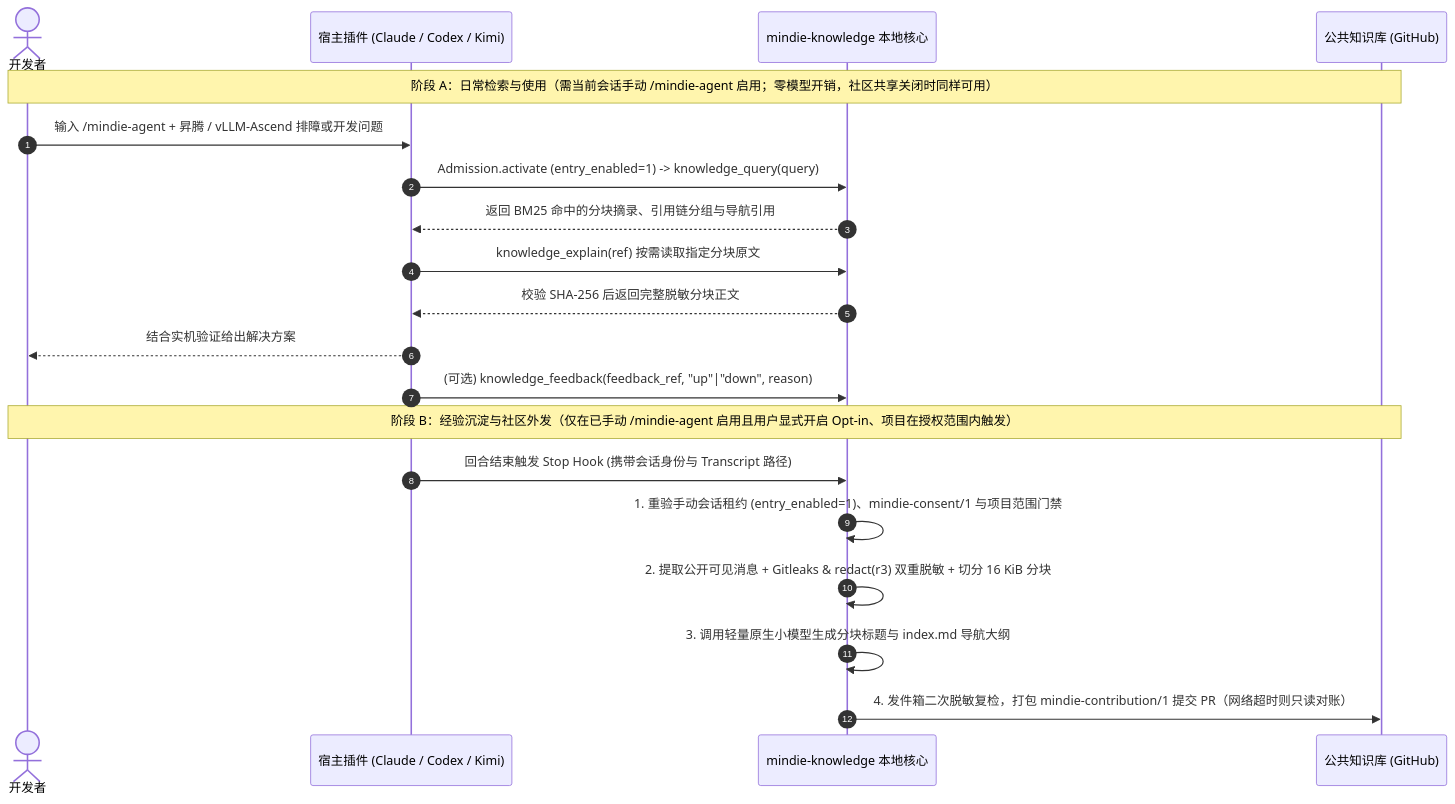
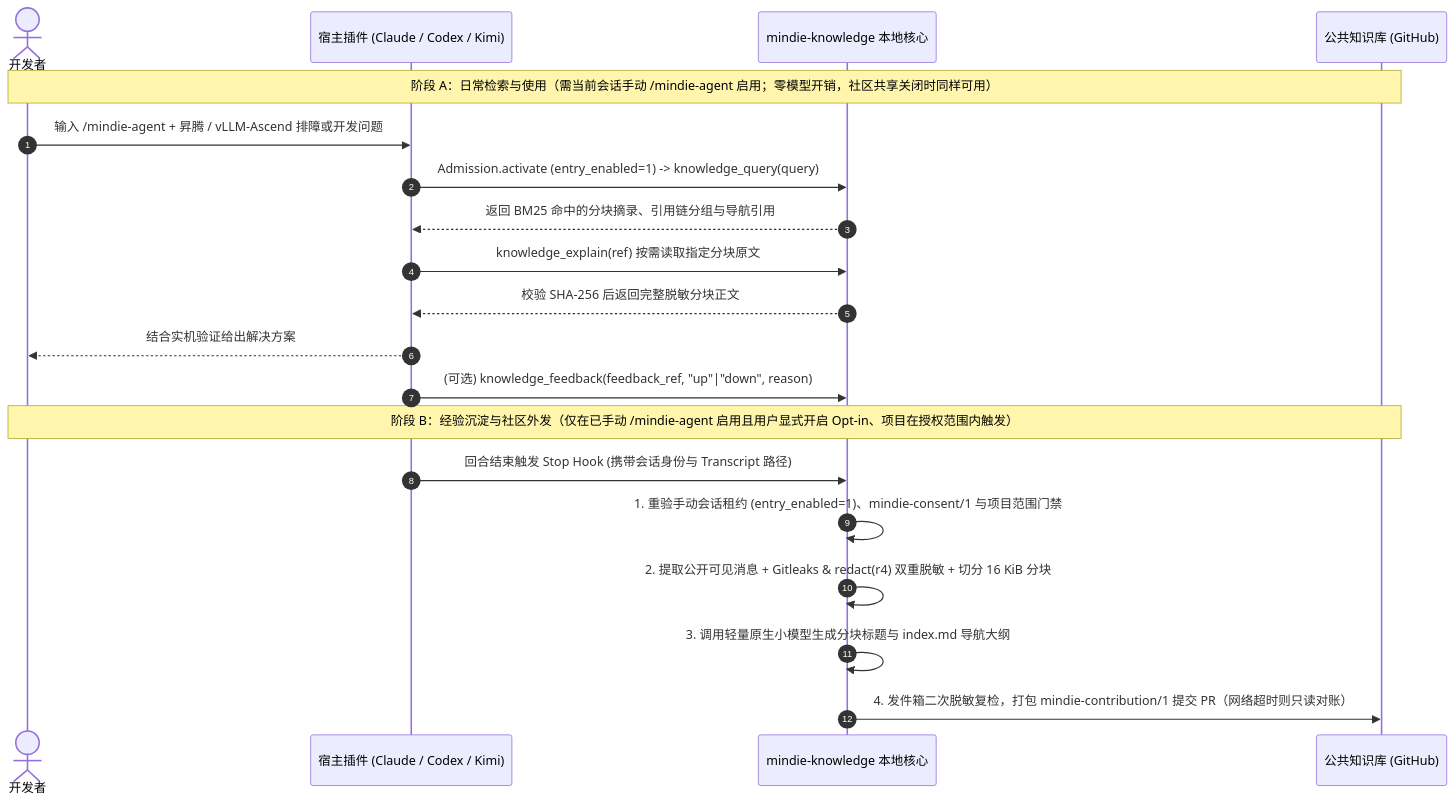
One commit to mindie-agent/knowledge changed the diagram in docs/mindie-loop.zh.md. Above: the diagram before and after it, drawn with Mermaid. The commit also changed other lines of this file and 55 other files, not shown here.

````diff
--- a/docs/mindie-loop.zh.md
+++ b/docs/mindie-loop.zh.md
@@ -11,24 +11,24 @@
 ```mermaid
 sequenceDiagram
   autonumber
   actor Dev as 开发者
   participant Host as 宿主插件 (Claude / Codex / Kimi)
   participant Core as mindie-knowledge 本地核心
   participant Remote as 公共知识库 (GitHub)
 
   Note over Dev,Remote: 阶段 A：日常检索与使用（需当前会话手动 /mindie-agent 启用；零模型开销，社区共享关闭时同样可用）
   Dev->>Host: 输入 /mindie-agent + 昇腾 / vLLM-Ascend 排障或开发问题
   Host->>Core: Admission.activate (entry_enabled=1) -> knowledge_query(query)
   Core-->>Host: 返回 BM25 命中的分块摘录、引用链分组与导航引用
   Host->>Core: knowledge_explain(ref) 按需读取指定分块原文
   Core-->>Host: 校验 SHA-256 后返回完整脱敏分块正文
   Host-->>Dev: 结合实机验证给出解决方案
   Host->>Core: (可选) knowledge_feedback(feedback_ref, "up"|"down", reason)
 
   Note over Dev,Remote: 阶段 B：经验沉淀与社区外发（仅在已手动 /mindie-agent 启用且用户显式开启 Opt-in、项目在授权范围内触发）
   Host->>Core: 回合结束触发 Stop Hook (携带会话身份与 Transcript 路径)
   Core->>Core: 1. 重验手动会话租约 (entry_enabled=1)、mindie-consent/1 与项目范围门禁
-  Core->>Core: 2. 提取公开可见消息 + Gitleaks & redact(r3) 双重脱敏 + 切分 16 KiB 分块
+  Core->>Core: 2. 提取公开可见消息 + Gitleaks & redact(r4) 双重脱敏 + 切分 16 KiB 分块
   Core->>Core: 3. 调用轻量原生小模型生成分块标题与 index.md 导航大纲
   Core->>Remote: 4. 发件箱二次脱敏复检，打包 mindie-contribution/1 提交 PR（网络超时则只读对账）
 ```
````
